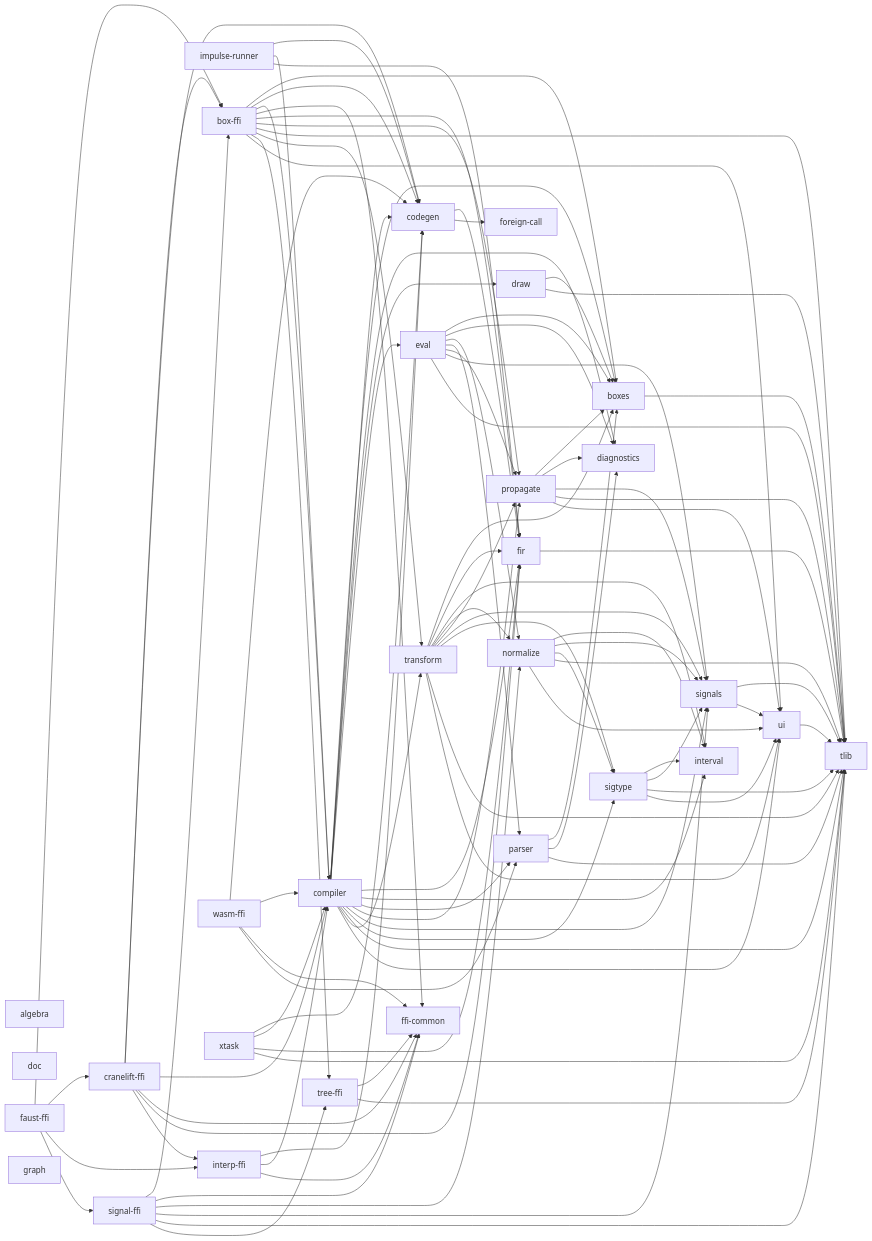
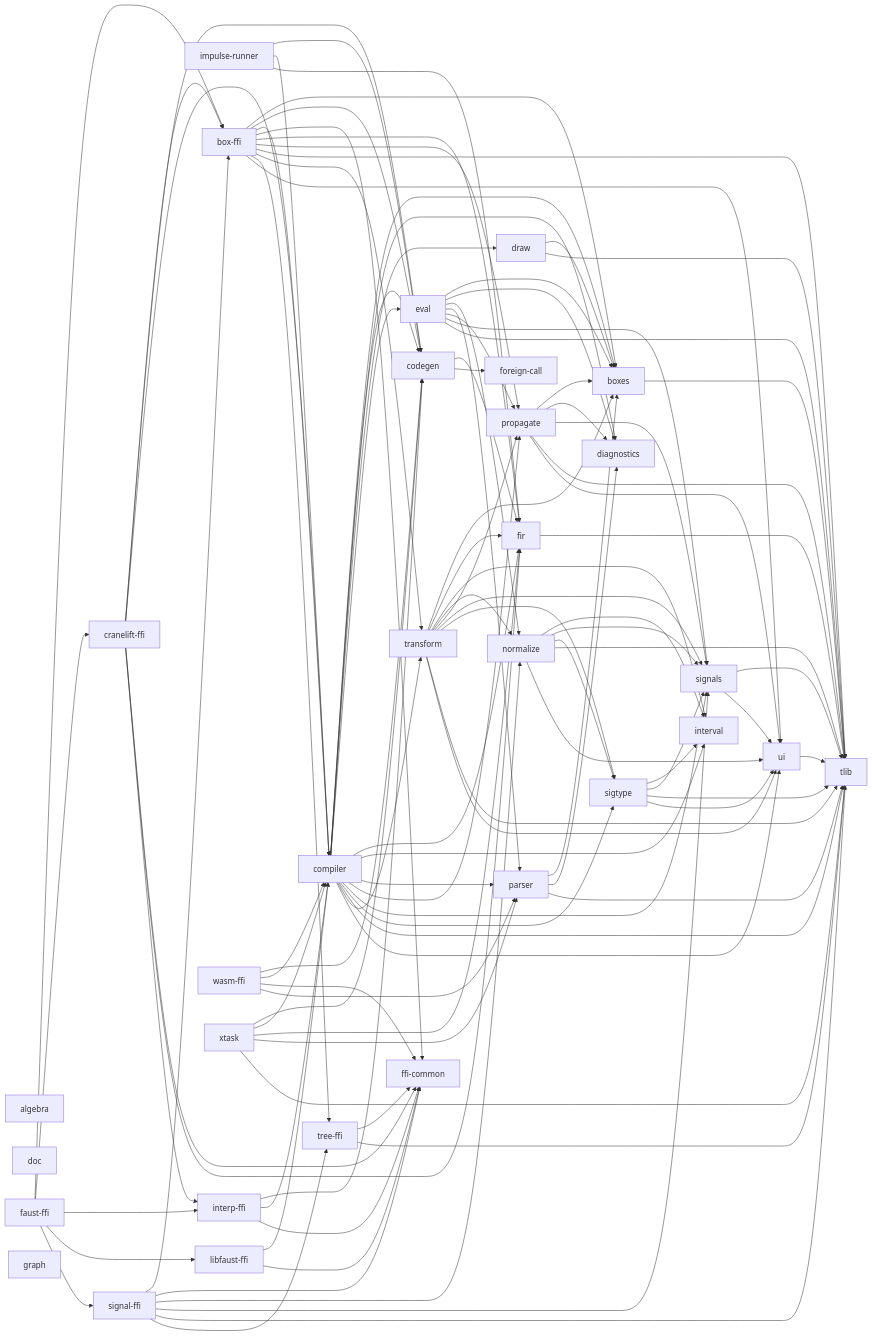
The diagram in docs/code-graphs/internal-crate-deps.mmd (grame-cncm/faust-rs), drawn with Mermaid before and after one commit. The commit also changed 16 other files, not shown here.

First line of the commit message:
Gate the checked-in code graphs with a public-API baseline

```diff
--- a/docs/code-graphs/internal-crate-deps.mmd
+++ b/docs/code-graphs/internal-crate-deps.mmd
@@ -1,129 +1,134 @@
 flowchart LR
     crate_algebra["algebra"]
     crate_box_ffi["box-ffi"]
     crate_boxes["boxes"]
     crate_codegen["codegen"]
     crate_compiler["compiler"]
     crate_cranelift_ffi["cranelift-ffi"]
     crate_diagnostics["diagnostics"]
     crate_doc["doc"]
     crate_draw["draw"]
     crate_eval["eval"]
     crate_faust_ffi["faust-ffi"]
     crate_ffi_common["ffi-common"]
     crate_fir["fir"]
     crate_foreign_call["foreign-call"]
     crate_graph["graph"]
     crate_impulse_runner["impulse-runner"]
     crate_interp_ffi["interp-ffi"]
     crate_interval["interval"]
+    crate_libfaust_ffi["libfaust-ffi"]
     crate_normalize["normalize"]
     crate_parser["parser"]
     crate_propagate["propagate"]
     crate_signal_ffi["signal-ffi"]
     crate_signals["signals"]
     crate_sigtype["sigtype"]
     crate_tlib["tlib"]
     crate_transform["transform"]
     crate_tree_ffi["tree-ffi"]
     crate_ui["ui"]
     crate_wasm_ffi["wasm-ffi"]
     crate_xtask["xtask"]
     crate_box_ffi --> crate_boxes
     crate_box_ffi --> crate_codegen
     crate_box_ffi --> crate_compiler
     crate_box_ffi --> crate_ffi_common
     crate_box_ffi --> crate_fir
     crate_box_ffi --> crate_propagate
     crate_box_ffi --> crate_tlib
     crate_box_ffi --> crate_transform
     crate_box_ffi --> crate_tree_ffi
     crate_box_ffi --> crate_ui
     crate_boxes --> crate_tlib
     crate_codegen --> crate_fir
     crate_codegen --> crate_foreign_call
     crate_compiler --> crate_boxes
     crate_compiler --> crate_codegen
     crate_compiler --> crate_diagnostics
     crate_compiler --> crate_draw
     crate_compiler --> crate_eval
     crate_compiler --> crate_fir
     crate_compiler --> crate_interval
     crate_compiler --> crate_parser
     crate_compiler --> crate_propagate
     crate_compiler --> crate_signals
     crate_compiler --> crate_sigtype
     crate_compiler --> crate_tlib
     crate_compiler --> crate_transform
     crate_compiler --> crate_ui
     crate_cranelift_ffi --> crate_box_ffi
     crate_cranelift_ffi --> crate_codegen
     crate_cranelift_ffi --> crate_compiler
     crate_cranelift_ffi --> crate_ffi_common
     crate_cranelift_ffi --> crate_fir
     crate_cranelift_ffi --> crate_interp_ffi
     crate_draw --> crate_boxes
     crate_draw --> crate_tlib
     crate_eval --> crate_boxes
     crate_eval --> crate_diagnostics
     crate_eval --> crate_normalize
     crate_eval --> crate_parser
     crate_eval --> crate_propagate
     crate_eval --> crate_signals
     crate_eval --> crate_tlib
     crate_faust_ffi --> crate_box_ffi
     crate_faust_ffi --> crate_cranelift_ffi
     crate_faust_ffi --> crate_interp_ffi
+    crate_faust_ffi --> crate_libfaust_ffi
     crate_faust_ffi --> crate_signal_ffi
     crate_fir --> crate_tlib
     crate_impulse_runner --> crate_codegen
     crate_impulse_runner --> crate_compiler
     crate_impulse_runner --> crate_fir
     crate_interp_ffi --> crate_codegen
     crate_interp_ffi --> crate_compiler
     crate_interp_ffi --> crate_ffi_common
+    crate_libfaust_ffi --> crate_compiler
+    crate_libfaust_ffi --> crate_ffi_common
     crate_normalize --> crate_interval
     crate_normalize --> crate_signals
     crate_normalize --> crate_sigtype
     crate_normalize --> crate_tlib
     crate_normalize --> crate_ui
     crate_parser --> crate_boxes
     crate_parser --> crate_diagnostics
     crate_parser --> crate_tlib
     crate_propagate --> crate_boxes
     crate_propagate --> crate_diagnostics
     crate_propagate --> crate_signals
     crate_propagate --> crate_tlib
     crate_propagate --> crate_ui
     crate_signal_ffi --> crate_box_ffi
     crate_signal_ffi --> crate_ffi_common
     crate_signal_ffi --> crate_normalize
     crate_signal_ffi --> crate_signals
     crate_signal_ffi --> crate_tlib
     crate_signal_ffi --> crate_tree_ffi
     crate_signals --> crate_tlib
     crate_signals --> crate_ui
     crate_sigtype --> crate_interval
     crate_sigtype --> crate_signals
     crate_sigtype --> crate_tlib
     crate_sigtype --> crate_ui
     crate_transform --> crate_boxes
     crate_transform --> crate_fir
     crate_transform --> crate_interval
     crate_transform --> crate_normalize
     crate_transform --> crate_propagate
     crate_transform --> crate_signals
     crate_transform --> crate_sigtype
     crate_transform --> crate_tlib
     crate_transform --> crate_ui
     crate_tree_ffi --> crate_ffi_common
     crate_tree_ffi --> crate_tlib
     crate_ui --> crate_tlib
     crate_wasm_ffi --> crate_codegen
     crate_wasm_ffi --> crate_compiler
     crate_wasm_ffi --> crate_ffi_common
     crate_wasm_ffi --> crate_parser
     crate_xtask --> crate_codegen
     crate_xtask --> crate_compiler
     crate_xtask --> crate_fir
+    crate_xtask --> crate_parser
     crate_xtask --> crate_tlib
```
